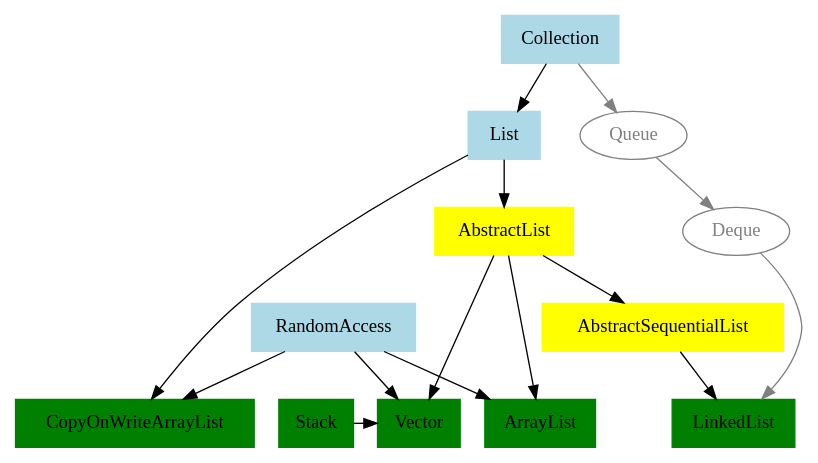
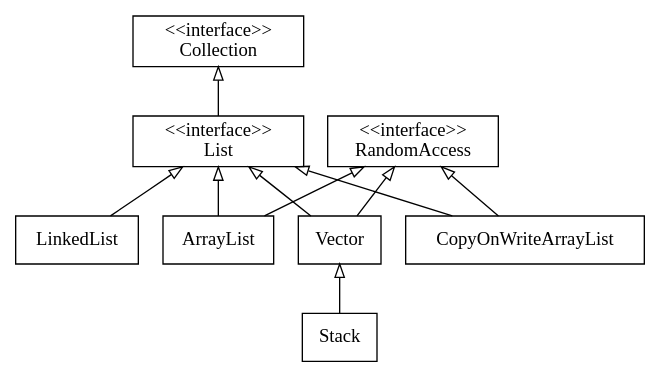
One commit to StephanPraetsch/Datenstrukturen changed the diagram in java.util.List/java.util.List.overview.dot. Above: the diagram before and after it, drawn with Graphviz. The commit also changed 1 other file, not shown here.

Commit message:
java.util.List.overview.dot aktualisiert, angeglichen an UML ähnliche Struktur und abstract weggeschmissen

```diff
--- a/java.util.List/java.util.List.overview.dot
+++ b/java.util.List/java.util.List.overview.dot
@@ -1,49 +1,37 @@
 digraph G {
 
-        {
-                // interfaces
-                node [shape=box, style=filled, color=lightblue]
-		Collection; List; RandomAccess;
-        }
-        {
-                // abstract 
-                node [shape=box, style=filled, color=yellow];
-		AbstractList; AbstractSequentialList
-        }
+        rankdir=BT
 
-        {
-                // classes 
-                node [shape=box, style=filled, color=green];
-		rank = same;
+        node [
+                shape = "record"
+        ]
+
+        edge [
+                arrowhead = "empty"
+        ]
+
+
+	Collection [label="\<\<interface\>\>\nCollection"]
+	List [label="\<\<interface\>\>\nList"]
+	RandomAccess [label="\<\<interface\>\>\nRandomAccess"]
+
+	{
+		//rank = same;
 		ArrayList; LinkedList; Stack; Vector; CopyOnWriteArrayList; 
 	}
 
-	{
-		// in dem kontext nicht wichtig, aber interessant
-		node[style=solid, color=grey, fontcolor=grey]; 
-		Queue; Deque;
-	}
+	List -> Collection
+	CopyOnWriteArrayList -> List
 
-	Collection -> List
-	Collection -> Queue [color=grey]
+	ArrayList -> List
+	Vector -> List
 
-	Queue -> Deque [color=grey]
-
-	Deque -> LinkedList [color=grey]
-
-	List -> AbstractList
-	List -> CopyOnWriteArrayList
-
-	AbstractList -> ArrayList
-	AbstractList -> AbstractSequentialList
-	AbstractList -> Vector
-
-	RandomAccess -> ArrayList
-	RandomAccess -> CopyOnWriteArrayList
-	RandomAccess -> Vector
+	ArrayList -> RandomAccess
+	CopyOnWriteArrayList -> RandomAccess
+	Vector -> RandomAccess
 
 	Stack -> Vector
 
-	AbstractSequentialList -> LinkedList
+	LinkedList -> List
 
 }
```
